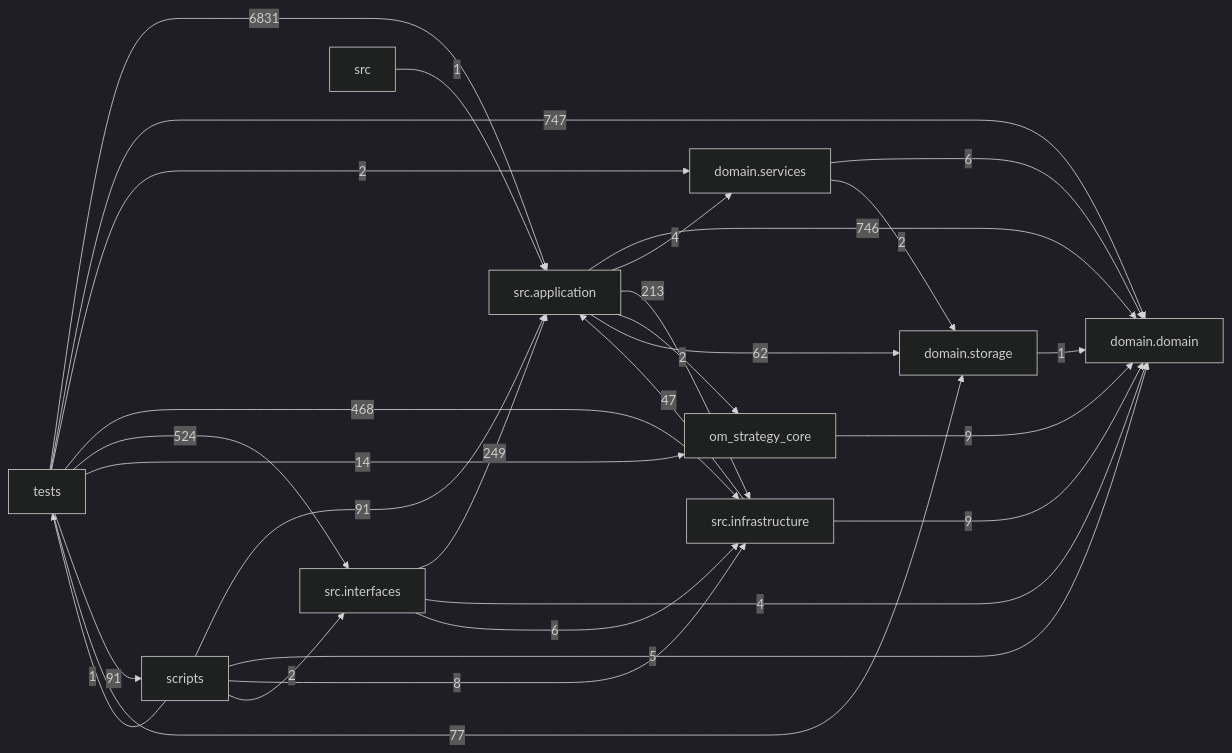
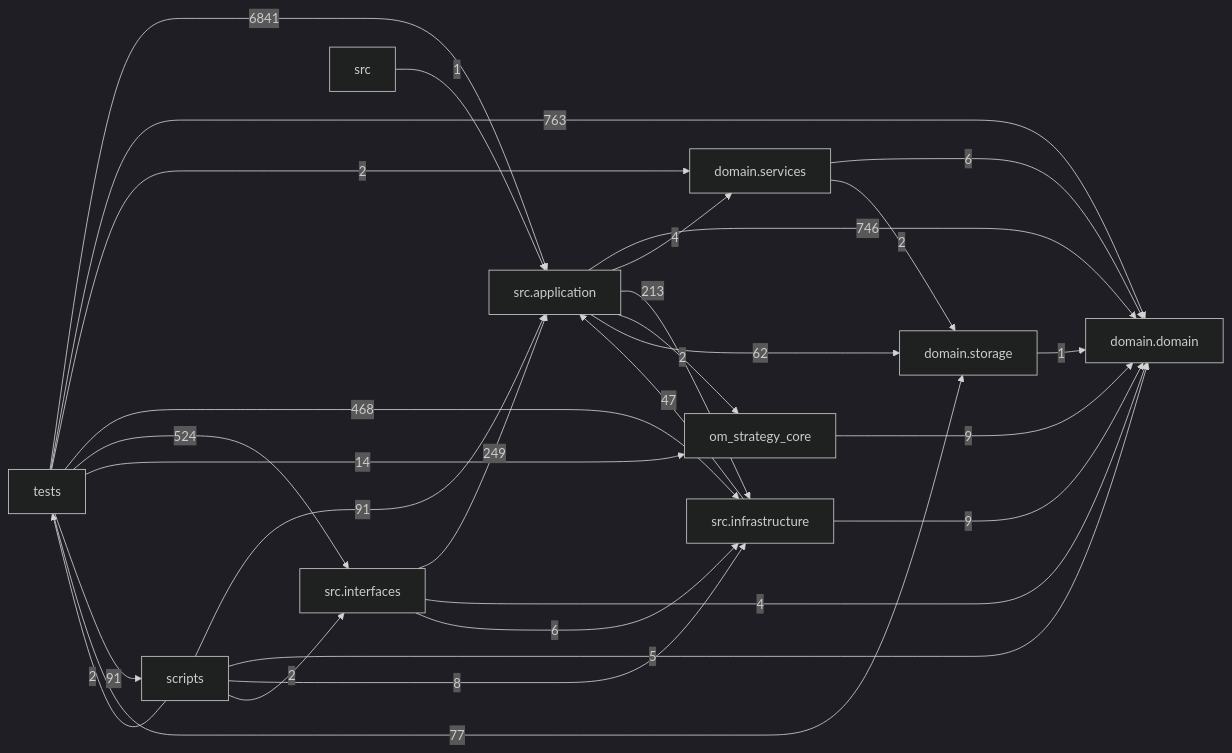
Before and after one commit to liuxie066/options-monitor: the diagram in docs/DEPENDENCY_GRAPH.md, drawn with Mermaid (dark theme). The commit also changed other lines of this file and 18 other files, not shown here.

````diff
--- a/docs/DEPENDENCY_GRAPH.md
+++ b/docs/DEPENDENCY_GRAPH.md
@@ -24,39 +24,39 @@
 ```mermaid
 flowchart LR
   tests["tests"]
   scripts["scripts"]
   interfaces["src.interfaces"]
   application["src.application"]
   infrastructure["src.infrastructure"]
   domain_services["domain.services"]
   domain["domain.domain"]
   storage["domain.storage"]
   application -->|746| domain
   application -->|4| domain_services
   application -->|213| infrastructure
   application -->|2| om_strategy_core
   application -->|62| storage
   domain_services -->|6| domain
   domain_services -->|2| storage
   infrastructure -->|47| application
   infrastructure -->|9| domain
   interfaces -->|249| application
   interfaces -->|4| domain
   interfaces -->|6| infrastructure
   om_strategy_core -->|9| domain
   scripts -->|91| application
   scripts -->|5| domain
   scripts -->|8| infrastructure
   scripts -->|2| interfaces
-  scripts -->|1| tests
+  scripts -->|2| tests
   src -->|1| application
   storage -->|1| domain
-  tests -->|6831| application
-  tests -->|747| domain
+  tests -->|6841| application
+  tests -->|763| domain
   tests -->|2| domain_services
   tests -->|468| infrastructure
   tests -->|524| interfaces
   tests -->|14| om_strategy_core
   tests -->|91| scripts
   tests -->|77| storage
 ```
````
